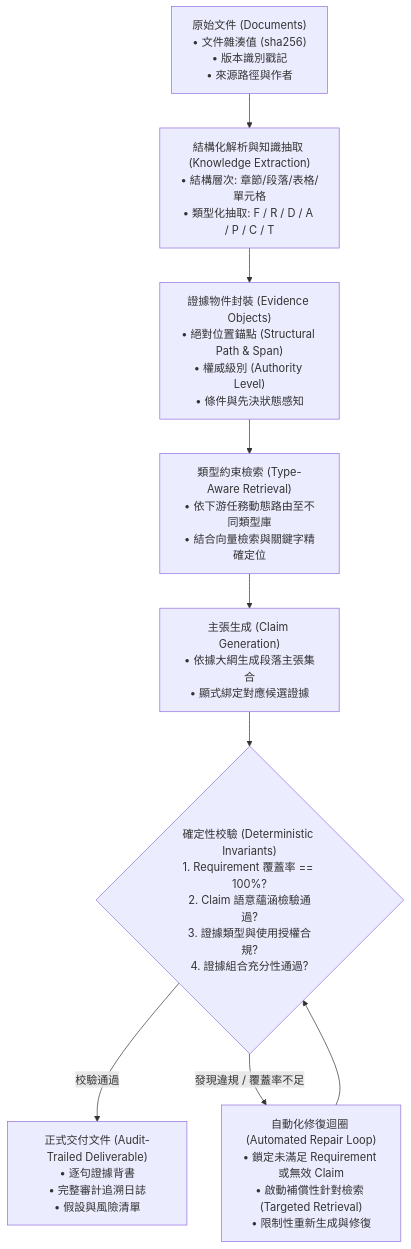
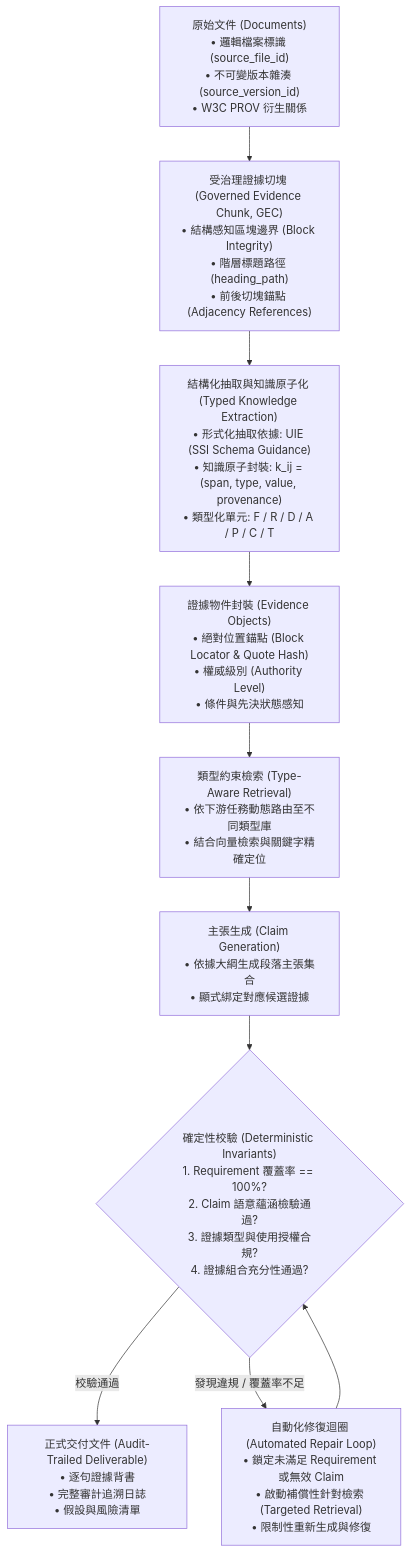
Before and after one commit to Cycl0n3-ga/RAG-survey: the diagram in 04 - 研究想法與待驗證提案 (Ideas & Hypotheses)/Idea 05 - Evidence-Governed RAG 系統架構構想 (Delta Pipeline Design).md, drawn with Mermaid. The commit also changed other lines of this file and 16 other files, not shown here.

Commit message:
feat(rag): integrate GEC chunking rationale, UIE schema-guided extraction, and 5 primary papers (UIE, LumberChunker, Late Chunking, RAGAS, RAGChecker)

````diff
--- a/04 - 研究想法與待驗證提案 (Ideas & Hypotheses)/Idea 05 - Evidence-Governed RAG 系統架構構想 (Delta Pipeline Design).md
+++ b/04 - 研究想法與待驗證提案 (Ideas & Hypotheses)/Idea 05 - Evidence-Governed RAG 系統架構構想 (Delta Pipeline Design).md
@@ -45,20 +45,22 @@
 ```mermaid
 flowchart TD
-    D["原始文件 (Documents)<br/>• 文件雜湊值 (sha256)<br/>• 版本識別戳記<br/>• 來源路徑與作者"]
-    K["結構化解析與知識抽取 (Knowledge Extraction)<br/>• 結構層次: 章節/段落/表格/單元格<br/>• 類型化抽取: F / R / D / A / P / C / T"]
-    E["證據物件封裝 (Evidence Objects)<br/>• 絕對位置錨點 (Structural Path & Span)<br/>• 權威級別 (Authority Level)<br/>• 條件與先決狀態感知"]
+    D["原始文件 (Documents)<br/>• 邏輯檔案標識 (source_file_id)<br/>• 不可變版本雜湊 (source_version_id)<br/>• W3C PROV 衍生關係"]
+    GEC["受治理證據切塊 (Governed Evidence Chunk, GEC)<br/>• 結構感知區塊邊界 (Block Integrity)<br/>• 階層標題路徑 (heading_path)<br/>• 前後切塊錨點 (Adjacency References)"]
+    K["結構化抽取與知識原子化 (Typed Knowledge Extraction)<br/>• 形式化抽取依據: UIE (SSI Schema Guidance)<br/>• 知識原子封裝: k_ij = (span, type, value, provenance)<br/>• 類型化單元: F / R / D / A / P / C / T"]
+    E["證據物件封裝 (Evidence Objects)<br/>• 絕對位置錨點 (Block Locator & Quote Hash)<br/>• 權威級別 (Authority Level)<br/>• 條件與先決狀態感知"]
     RTV["類型約束檢索 (Type-Aware Retrieval)<br/>• 依下游任務動態路由至不同類型庫<br/>• 結合向量檢索與關鍵字精確定位"]
     C["主張生成 (Claim Generation)<br/>• 依據大綱生成段落主張集合<br/>• 顯式綁定對應候選證據"]
     V{"確定性校驗 (Deterministic Invariants)<br/>1. Requirement 覆蓋率 == 100%?<br/>2. Claim 語意蘊涵檢驗通過?<br/>3. 證據類型與使用授權合規?<br/>4. 證據組合充分性通過?"}
     O["正式交付文件 (Audit-Trailed Deliverable)<br/>• 逐句證據背書<br/>• 完整審計追溯日誌<br/>• 假設與風險清單"]
     REP["自動化修復迴圈 (Automated Repair Loop)<br/>• 鎖定未滿足 Requirement 或無效 Claim<br/>• 啟動補償性針對檢索 (Targeted Retrieval)<br/>• 限制性重新生成與修復"]
 
-    D --> K
+    D --> GEC
+    GEC --> K
     K --> E
     E --> RTV
     RTV --> C
     C --> V
     V -->|"校驗通過"| O
     V -->|"發現違規 / 覆蓋率不足"| REP
     REP --> V
 ```
````
